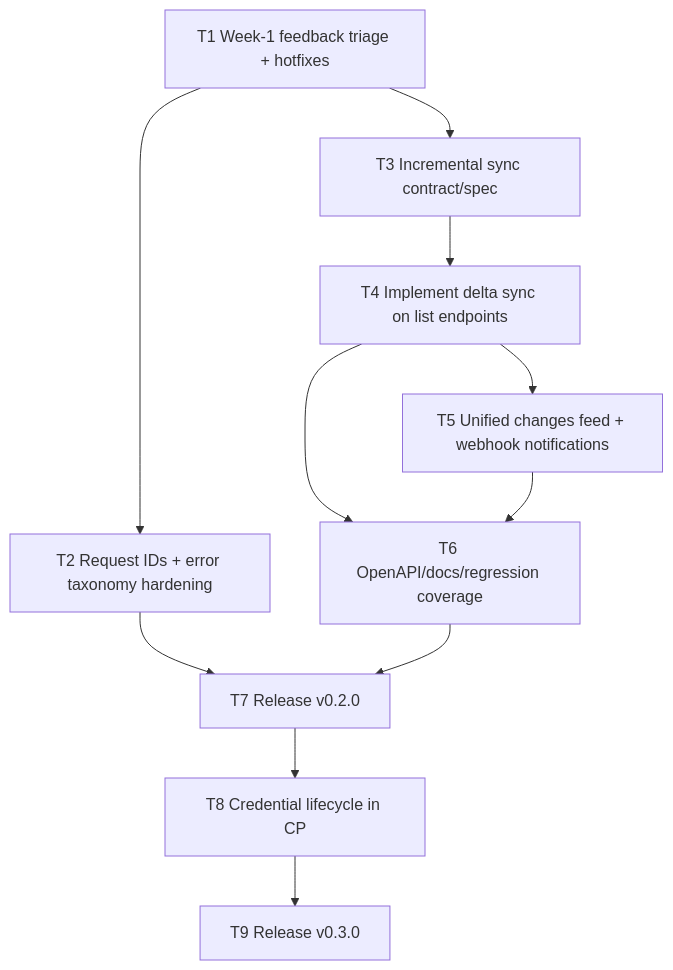
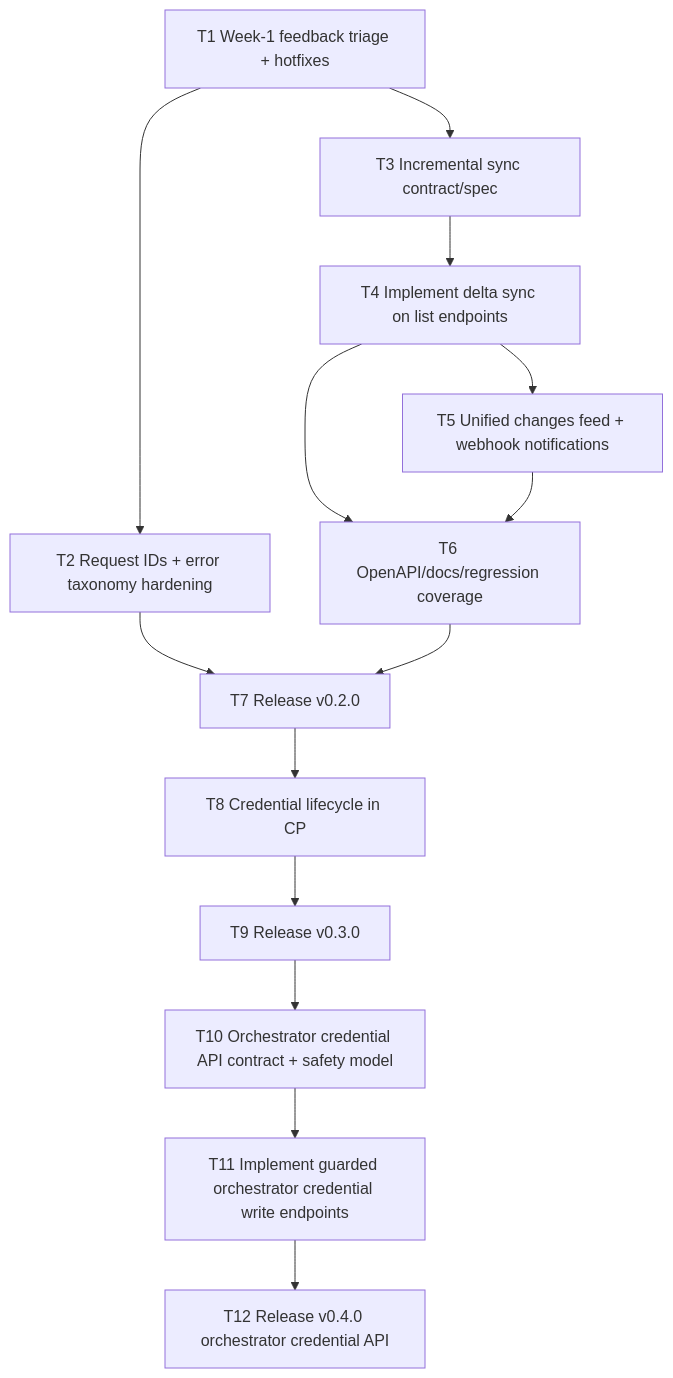
One commit to klick/agents changed the diagram in ROADMAP.md. Above: the diagram before and after it, drawn with Mermaid. The commit also changed other lines of this file and 10 other files, not shown here.

````diff
--- a/ROADMAP.md
+++ b/ROADMAP.md
@@ -15,23 +19,29 @@
 ```mermaid
 graph TD
   T1[T1 Week-1 feedback triage + hotfixes]
   T2[T2 Request IDs + error taxonomy hardening]
   T3[T3 Incremental sync contract/spec]
   T4[T4 Implement delta sync on list endpoints]
   T5[T5 Unified changes feed + webhook notifications]
   T6[T6 OpenAPI/docs/regression coverage]
   T7[T7 Release v0.2.0]
   T8[T8 Credential lifecycle in CP]
   T9[T9 Release v0.3.0]
+  T10[T10 Orchestrator credential API contract + safety model]
+  T11[T11 Implement guarded orchestrator credential write endpoints]
+  T12[T12 Release v0.4.0 orchestrator credential API]
 
   T1 --> T2
   T1 --> T3
   T3 --> T4
   T4 --> T5
   T4 --> T6
   T5 --> T6
   T2 --> T7
   T6 --> T7
   T7 --> T8
   T8 --> T9
+  T9 --> T10
+  T10 --> T11
+  T11 --> T12
 ```
````
